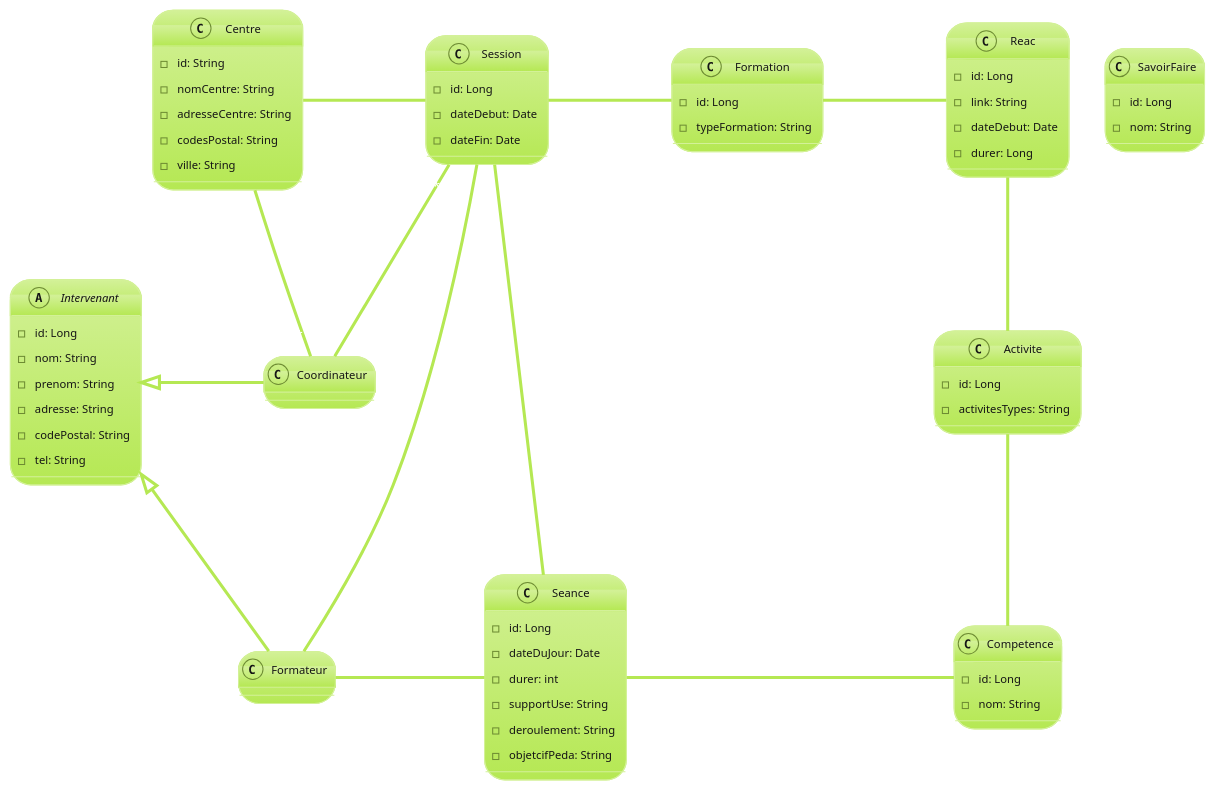
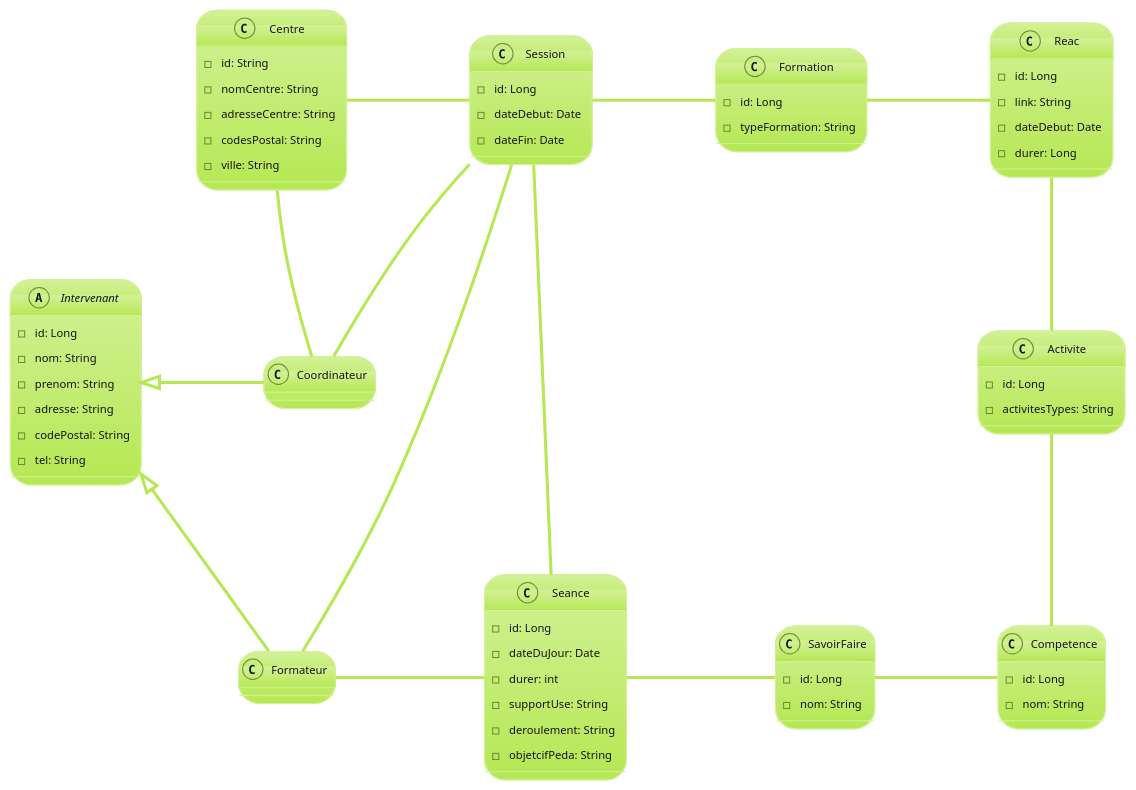
The diagram in doc/puml/ClassDiagram.puml (GreenHawk-99/AppGreta), drawn with PlantUML before and after one commit. The commit also changed 6 other files, not shown here.

```diff
--- a/doc/puml/ClassDiagram.puml
+++ b/doc/puml/ClassDiagram.puml
@@ -1,70 +1,71 @@
 @startuml
 !theme hacker
 
 abstract class Intervenant {
 -id: Long
 -nom: String
 -prenom: String
 -adresse: String
 -codePostal: String
 -tel: String
 }
 class Coordinateur
 class Formateur
 class Seance {
 -id: Long
 -dateDuJour: Date
 -durer: int
 -supportUse: String
 -deroulement: String
 -objetcifPeda: String
 }
 class Centre {
 -id: String
 -nomCentre: String
 -adresseCentre: String
 -codesPostal: String
 -ville: String
 }
 class Session {
 -id: Long
 -dateDebut: Date
 -dateFin: Date
 }
 class Formation {
 -id: Long
 -typeFormation: String
 }
 class Reac {
 -id: Long
 -link: String
 -dateDebut: Date
 -durer: Long
 }
 class Activite {
 -id: Long
 -activitesTypes: String
 }
 class Competence {
 -id: Long
 -nom: String
 }
 class SavoirFaire {
 -id: Long
 -nom: String
 }
 
 Intervenant <|- Coordinateur :"\t\t\t"
 Intervenant <|-- Formateur :"\t\t\t"
 Formateur "1" - "*" Seance :"\t\t\t\t"
 Session "*" - "*" Formateur :"\t"
 Centre "*" -- "*" Coordinateur :"\t\t\t"
 Centre "1" - "*" Session :"\t\t\t"
 Session "*" -- "1" Coordinateur
 Session "1" - "*" Seance :"\t"
 Session "*" - "1" Formation :"\t\t\t"
 Formation "1" - "*" Reac :"\t\t\t"
 Reac "1" -- "*" Activite :"\t\t\t"
 Activite "1" -- "*" Competence :"\t\t\t"
-Seance "*" - "1" Competence :"\t\t\t\t\t\t\t\t\t\t\t"
+SavoirFaire "*" - "1" Competence :"\t\t\t"
+Seance "*" - "*" SavoirFaire :"\t\t\t\t"
 @enduml
```
